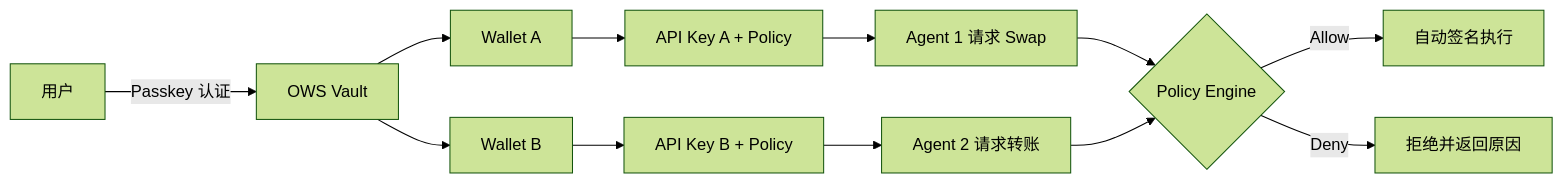
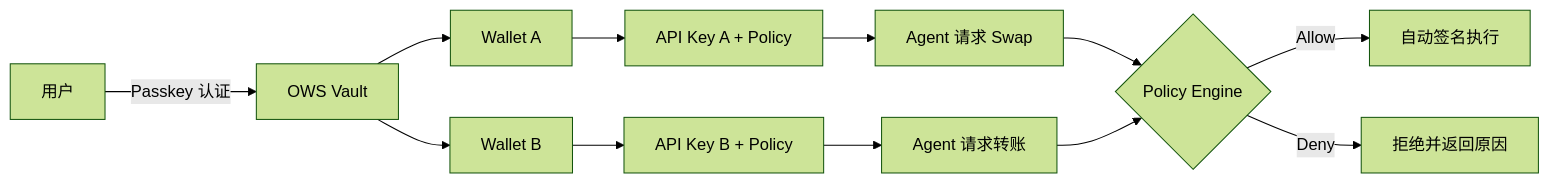
Before and after one commit to DaviRain-Su/gradience-wallet: the diagram in docs/pitch/slides.md, drawn with Mermaid (forest theme). The commit also changed other lines of this file and 23 other files, not shown here.

````diff
--- a/docs/pitch/slides.md
+++ b/docs/pitch/slides.md
@@ -63,14 +63,14 @@
 ```mermaid {scale: 0.8}
 graph LR
   A[用户] -->|Passkey 认证| B[OWS Vault]
   B --> C[Wallet A]
   B --> D[Wallet B]
   C --> E[API Key A + Policy]
   D --> F[API Key B + Policy]
-  E --> G[Agent 1 请求 Swap]
-  F --> H[Agent 2 请求转账]
+  E --> G[Agent 请求 Swap]
+  F --> H[Agent 请求转账]
   G --> I{Policy Engine}
   H --> I
   I -->|Allow| J[自动签名执行]
   I -->|Deny| K[拒绝并返回原因]
 ```
````
